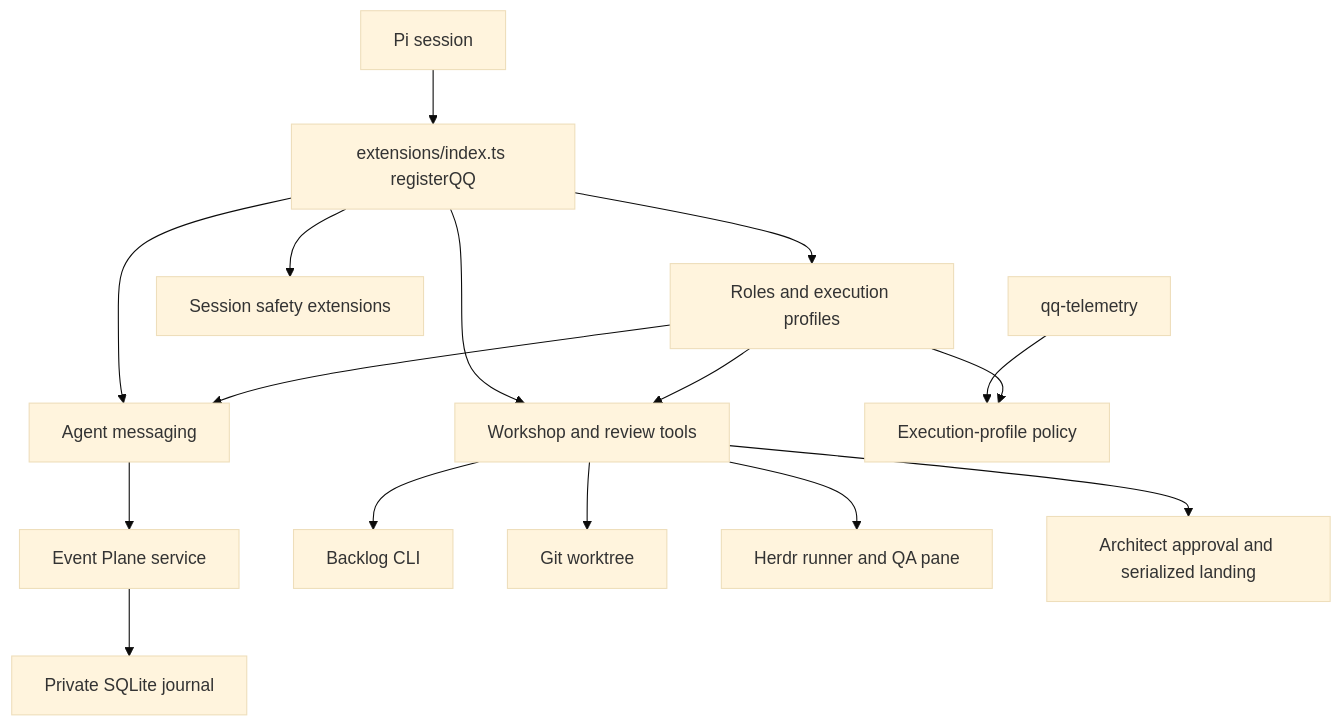
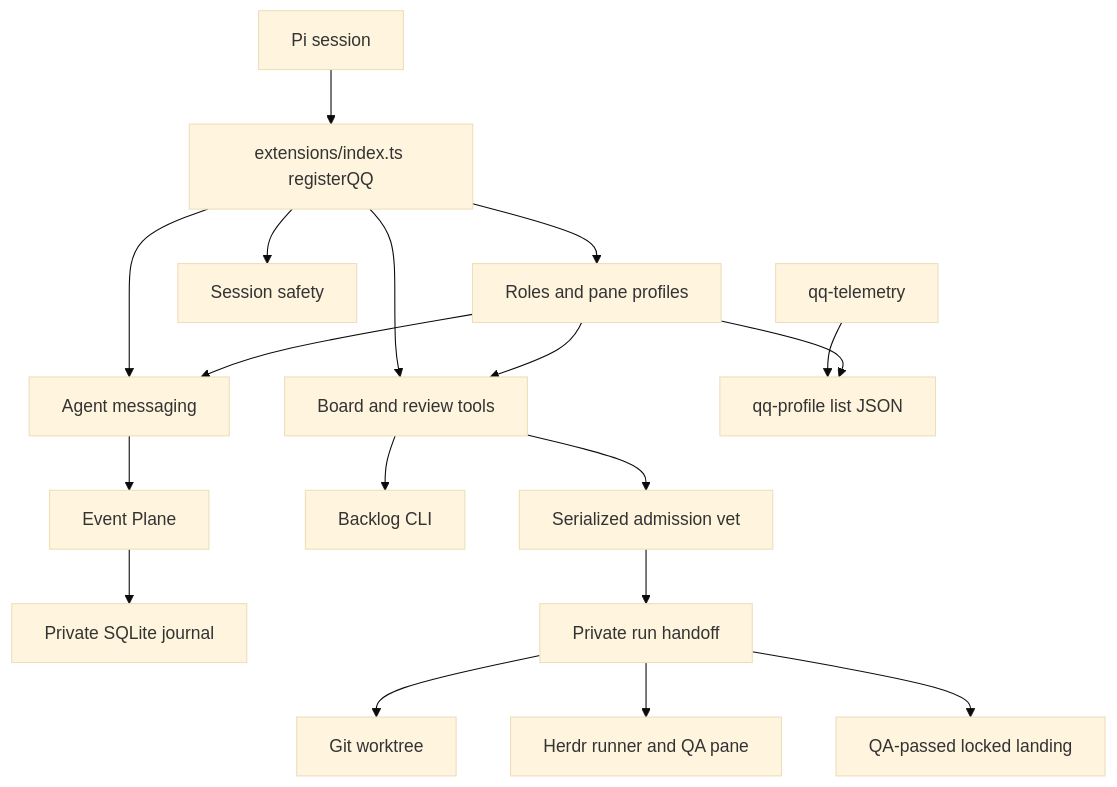
One commit to hypermemetic-ai/qq changed the diagram in openwiki/architecture/overview.md. Above: the diagram before and after it, drawn with Mermaid (base theme). The commit also changed other lines of this file and 14 other files, not shown here.

````diff
--- a/openwiki/architecture/overview.md
+++ b/openwiki/architecture/overview.md
@@ -19,18 +19,20 @@
 ```mermaid
 flowchart TD
     Pi["Pi session"] --> Root["extensions/index.ts registerQQ"]
-    Root --> Profiles["Roles and execution profiles"]
+    Root --> Profiles["Roles and pane profiles"]
     Root --> Messaging["Agent messaging"]
-    Root --> Safety["Session safety extensions"]
-    Root --> Workshop["Workshop and review tools"]
+    Root --> Safety["Session safety"]
+    Root --> Board["Board and review tools"]
     Profiles --> Messaging
-    Profiles --> Workshop
-    Messaging --> Plane["Event Plane service"]
+    Profiles --> Board
+    Messaging --> Plane["Event Plane"]
     Plane --> Db["Private SQLite journal"]
-    Workshop --> Backlog["Backlog CLI"]
-    Workshop --> Worktree["Git worktree"]
-    Workshop --> Herdr["Herdr runner and QA pane"]
-    Workshop --> Review["Architect approval and serialized landing"]
-    Telemetry["qq-telemetry"] --> Policy["Execution-profile policy"]
-    Profiles --> Policy
+    Board --> Backlog["Backlog CLI"]
+    Board --> Admission["Serialized admission vet"]
+    Admission --> Run["Private run handoff"]
+    Run --> Worktree["Git worktree"]
+    Run --> Herdr["Herdr runner and QA pane"]
+    Run --> Landing["QA-passed locked landing"]
+    Telemetry["qq-telemetry"] --> ProfileCli["qq-profile list JSON"]
+    Profiles --> ProfileCli
 ```
````
